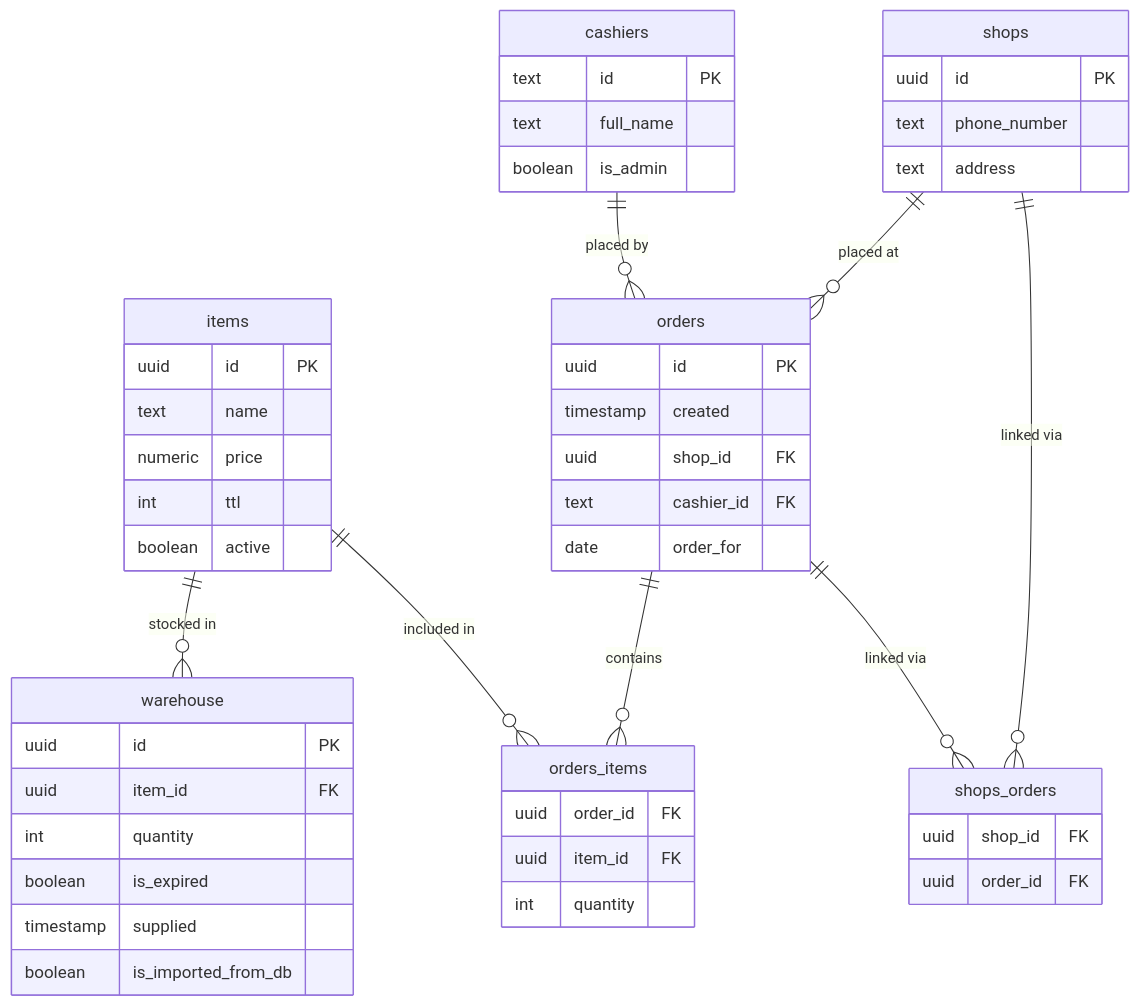
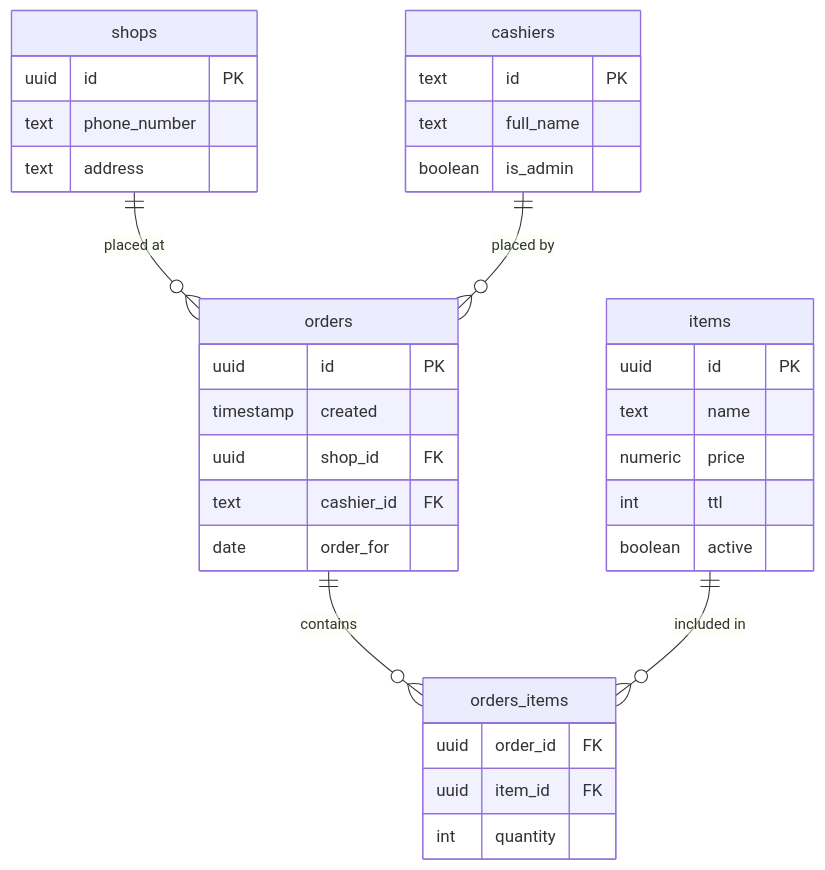
One commit to slavikyd/vanil_web changed the diagram in README.md. Above: the diagram before and after it, drawn with Mermaid.

Commit message:
Update db schema by removing deprecated tables
Removed warehouse and shops_orders tables from the schema.

````diff
--- a/README.md
+++ b/README.md
@@ -1,53 +1,40 @@
 ```mermaid
 erDiagram
     shops {
         uuid id PK
         text phone_number
         text address
     }
     items {
         uuid id PK
         text name
         numeric price
         int ttl
         boolean active
     }
-    warehouse {
-        uuid id PK
-        uuid item_id FK
-        int quantity
-        boolean is_expired
-        timestamp supplied
-        boolean is_imported_from_db
-    }
+
     cashiers {
         text id PK
         text full_name
         boolean is_admin
     }
     orders {
         uuid id PK
         timestamp created
         uuid shop_id FK
         text cashier_id FK
         date order_for
     }
     orders_items {
         uuid order_id FK
         uuid item_id FK
         int quantity
     }
-    shops_orders {
-        uuid shop_id FK
-        uuid order_id FK
-    }
+
 
     shops ||--o{ orders : "placed at"
-    shops ||--o{ shops_orders : "linked via"
     cashiers ||--o{ orders : "placed by"
     orders ||--o{ orders_items : "contains"
-    orders ||--o{ shops_orders : "linked via"
-    items ||--o{ warehouse : "stocked in"
     items ||--o{ orders_items : "included in"
 
 ```
````
